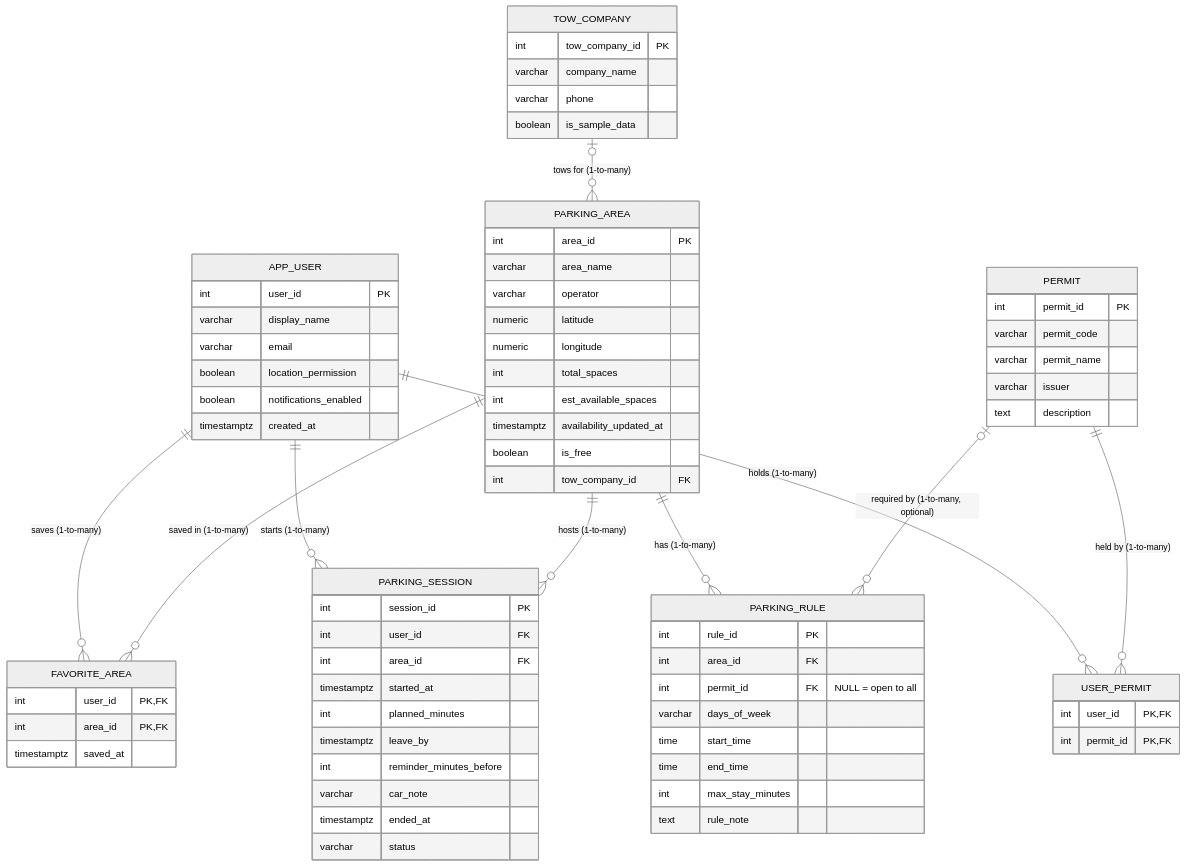
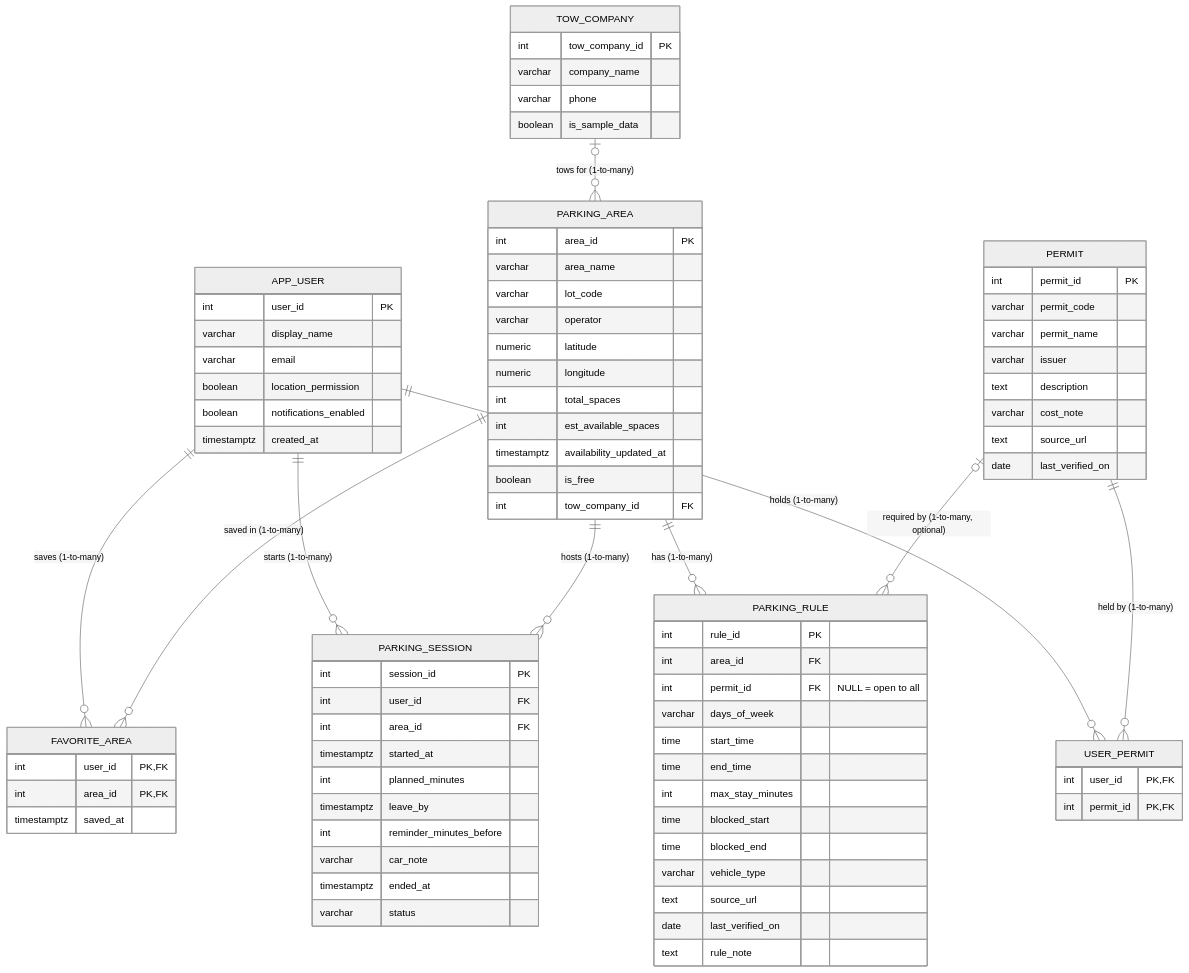
Before and after one commit to ParkerMorris11/ProvoParking: the diagram in docs/erd.mmd, drawn with Mermaid (neutral theme). The commit also changed 5 other files, not shown here.

```diff
--- a/docs/erd.mmd
+++ b/docs/erd.mmd
@@ -1,75 +1,84 @@
 erDiagram
     APP_USER ||--o{ USER_PERMIT : "holds (1-to-many)"
     PERMIT ||--o{ USER_PERMIT : "held by (1-to-many)"
     APP_USER ||--o{ FAVORITE_AREA : "saves (1-to-many)"
     PARKING_AREA ||--o{ FAVORITE_AREA : "saved in (1-to-many)"
     APP_USER ||--o{ PARKING_SESSION : "starts (1-to-many)"
     PARKING_AREA ||--o{ PARKING_SESSION : "hosts (1-to-many)"
     PARKING_AREA ||--o{ PARKING_RULE : "has (1-to-many)"
     PERMIT |o--o{ PARKING_RULE : "required by (1-to-many, optional)"
     TOW_COMPANY |o--o{ PARKING_AREA : "tows for (1-to-many)"
 
     APP_USER {
         int user_id PK
         varchar display_name
         varchar email
         boolean location_permission
         boolean notifications_enabled
         timestamptz created_at
     }
     PERMIT {
         int permit_id PK
         varchar permit_code
         varchar permit_name
         varchar issuer
         text description
+        varchar cost_note
+        text source_url
+        date last_verified_on
     }
     USER_PERMIT {
         int user_id PK,FK
         int permit_id PK,FK
     }
     PARKING_AREA {
         int area_id PK
         varchar area_name
+        varchar lot_code
         varchar operator
         numeric latitude
         numeric longitude
         int total_spaces
         int est_available_spaces
         timestamptz availability_updated_at
         boolean is_free
         int tow_company_id FK
     }
     PARKING_RULE {
         int rule_id PK
         int area_id FK
         int permit_id FK "NULL = open to all"
         varchar days_of_week
         time start_time
         time end_time
         int max_stay_minutes
+        time blocked_start
+        time blocked_end
+        varchar vehicle_type
+        text source_url
+        date last_verified_on
         text rule_note
     }
     FAVORITE_AREA {
         int user_id PK,FK
         int area_id PK,FK
         timestamptz saved_at
     }
     PARKING_SESSION {
         int session_id PK
         int user_id FK
         int area_id FK
         timestamptz started_at
         int planned_minutes
         timestamptz leave_by
         int reminder_minutes_before
         varchar car_note
         timestamptz ended_at
         varchar status
     }
     TOW_COMPANY {
         int tow_company_id PK
         varchar company_name
         varchar phone
         boolean is_sample_data
     }
```
